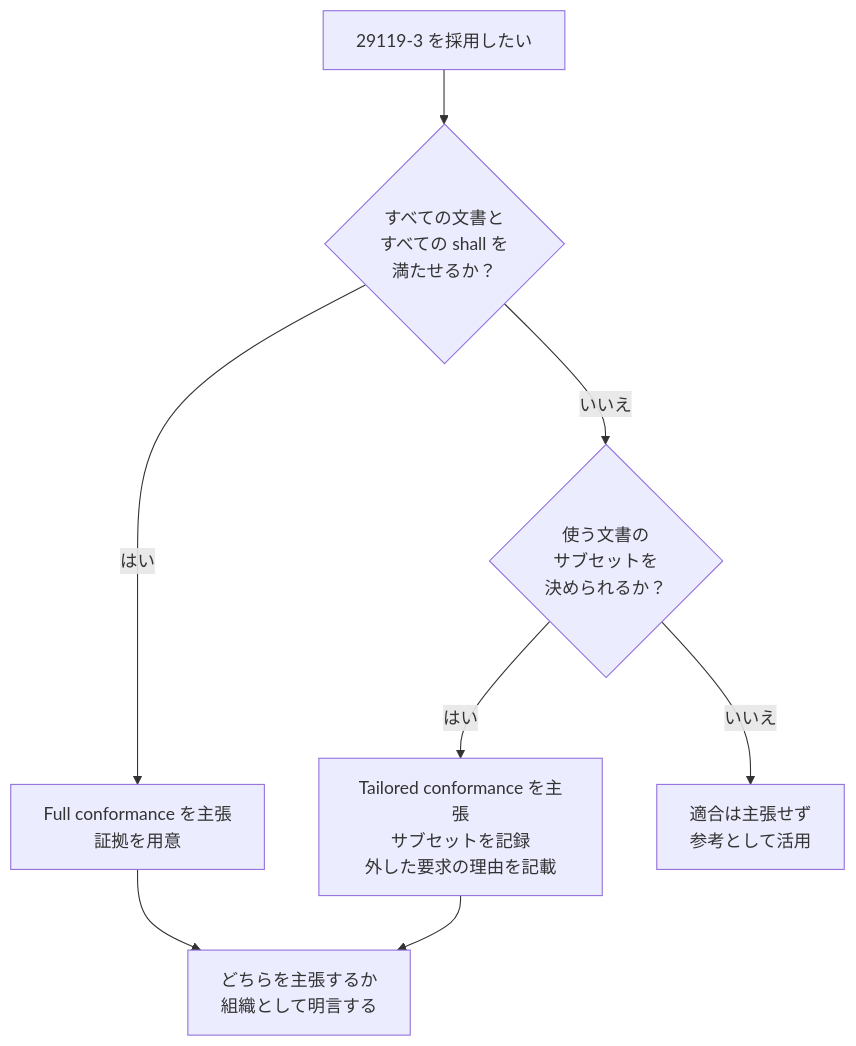
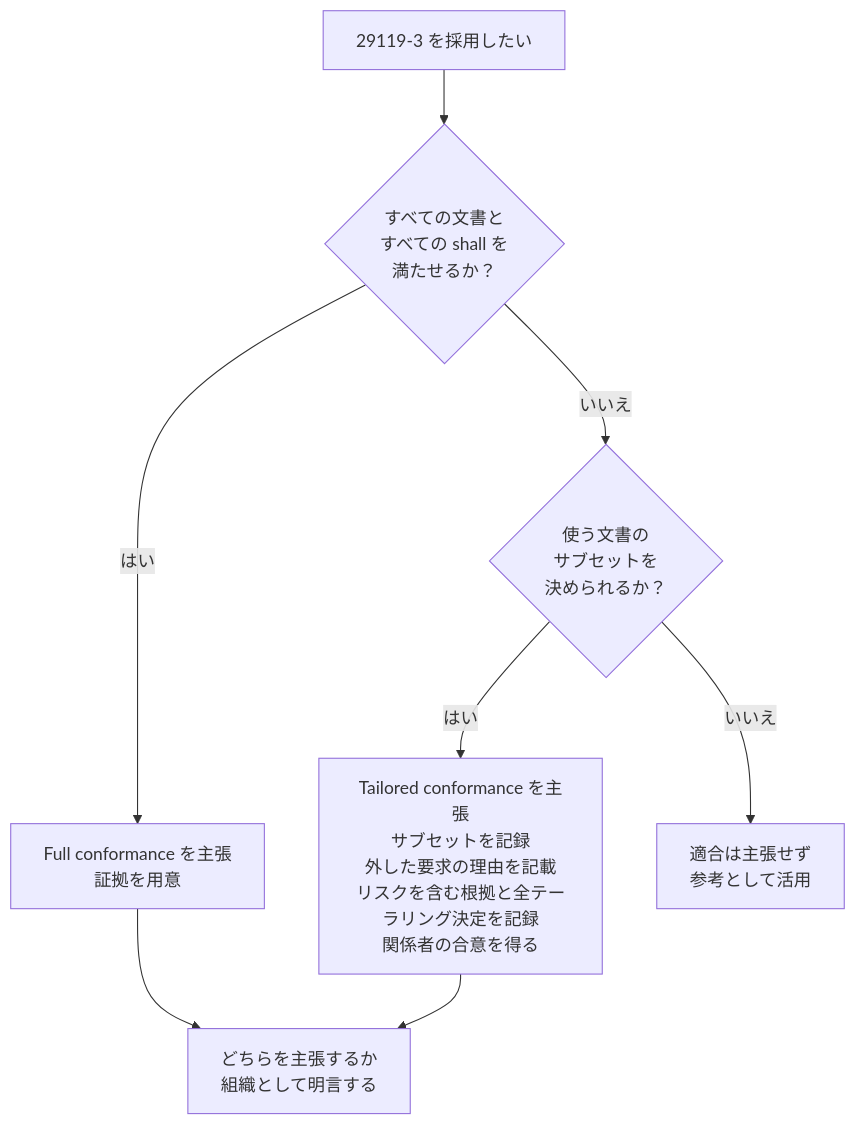
One commit to myoshi2891/Quality-Assurance-Studies changed the fourth of 12 diagrams in Iso-iec-ieee-29119-3-2021-guide.md. Above: the diagram before and after it, drawn with Mermaid. The commit also changed other lines of this file and 1 other file, not shown here.

Commit message:
docs(iso-29119): clarify tailored conformance requirements and add HTML guide for Part 3

````diff
--- a/Iso-iec-ieee-29119-3-2021-guide.md
+++ b/Iso-iec-ieee-29119-3-2021-guide.md
@@ -198,10 +198,10 @@
 ```mermaid
 flowchart TD
     S["29119-3 を採用したい"] --> Q1{"すべての文書と<br/>すべての shall を<br/>満たせるか？"}
     Q1 -->|"はい"| F["Full conformance を主張<br/>証拠を用意"]
     Q1 -->|"いいえ"| Q2{"使う文書の<br/>サブセットを<br/>決められるか？"}
-    Q2 -->|"はい"| T["Tailored conformance を主張<br/>サブセットを記録<br/>外した要求の理由を記載"]
+    Q2 -->|"はい"| T["Tailored conformance を主張<br/>サブセットを記録<br/>外した要求の理由を記載<br/>リスクを含む根拠と全テーラリング決定を記録<br/>関係者の合意を得る"]
     Q2 -->|"いいえ"| N["適合は主張せず<br/>参考として活用"]
     F --> M["どちらを主張するか<br/>組織として明言する"]
     T --> M
 ```
````
